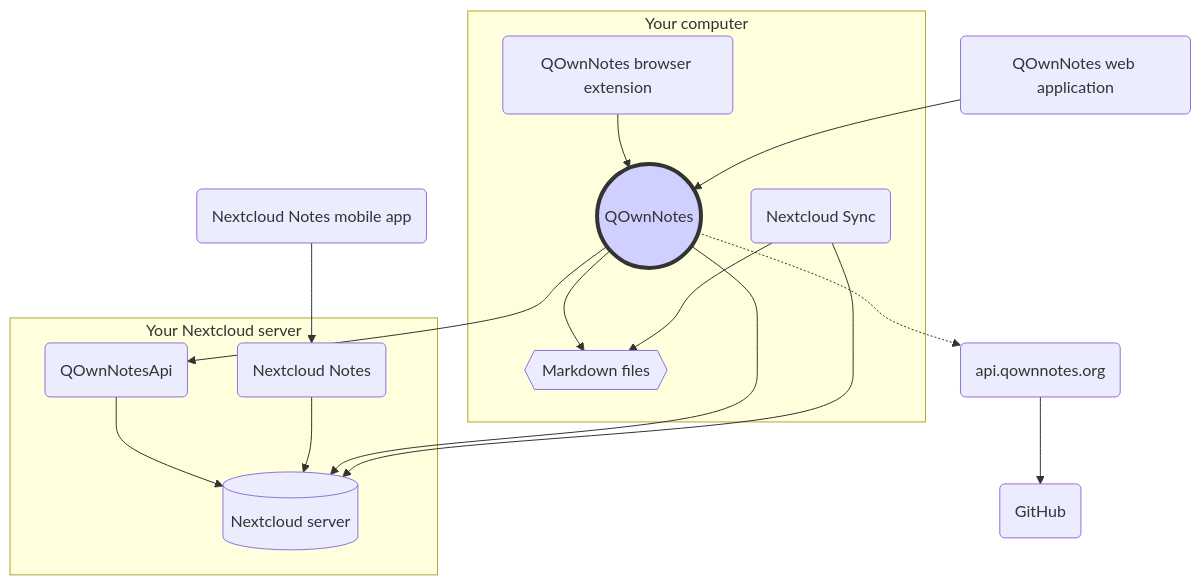
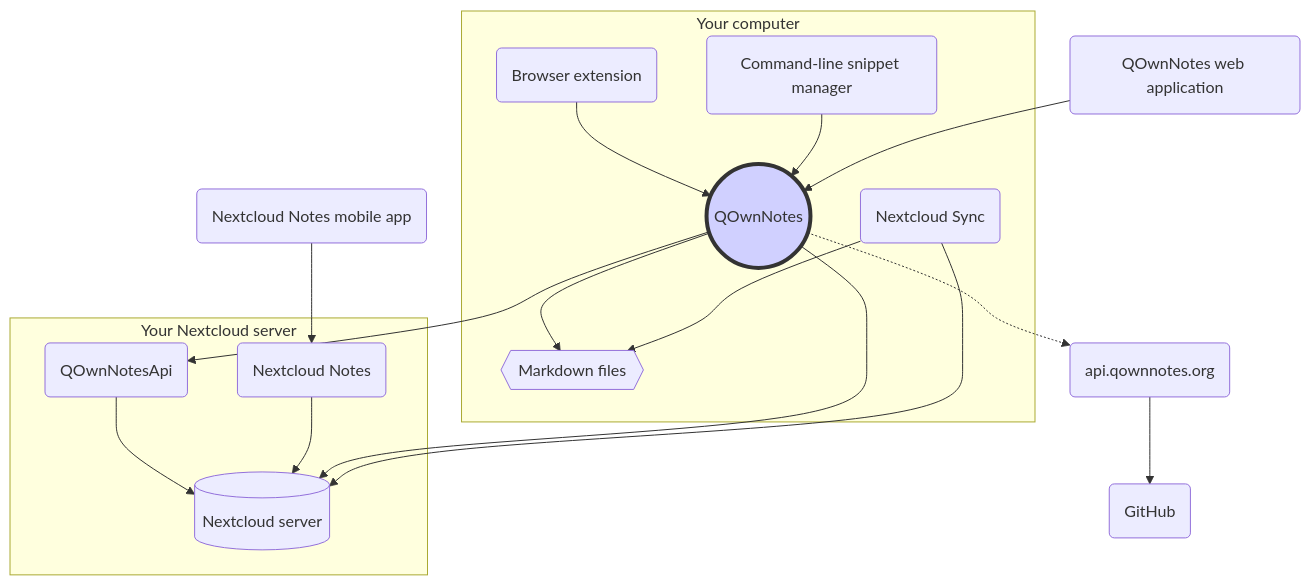
Before and after one commit to pbek/QOwnNotes: the diagram in webpage/src/getting-started/concept.md, drawn with Mermaid. The commit also changed other lines of this file and 3 other files, not shown here.

Commit message:
Add more snippet manager documentation (#2304)

````diff
--- a/webpage/src/getting-started/concept.md
+++ b/webpage/src/getting-started/concept.md
@@ -3,32 +3,34 @@
 ```mermaid
 graph TB
     subgraph Your computer
         qon((QOwnNotes))-->md{{"Markdown files"}}
         sync("Nextcloud Sync")-->md
-        qon-comp("QOwnNotes browser extension")-->qon
+        qon-comp("Browser extension")-->qon
+        qc("Command-line snippet manager")-->qon
     end
     subgraph Your Nextcloud server
         qon-api("QOwnNotesApi")-->ncs[("Nextcloud server")]
         nc-notes-app("Nextcloud Notes")-->ncs
     end
 
     nc-notes-mob("Nextcloud Notes mobile app")-->nc-notes-app
     qon-web-app("QOwnNotes web application")-->qon
     qon-->qon-api
     qon-->ncs
     sync-->ncs
     qon-.->qon-web-api("api.qownnotes.org")
     qon-web-api-->github("GitHub")
 
     style qon fill:#d0d0ff,stroke:#333,stroke-width:4px
     click qon "/getting-started/concept.html#qownnotes" "QOwnNotes Desktop Application for managing your notes on your desktop computer"
     click md "/getting-started/concept.html#markdown-note-files" "Markdown, media and attachment files in your note folder"
     click qon-comp "/getting-started/concept.html#qownnotes-browser-extension" "QOwnNotes browser extension for managing bookmarks in markdown files and as web clipper"
+    click qc "/getting-started/concept.html#qownnotes-command-line-snippet-manager" "QOwnNotes command-line snippet manager"
     click sync "/getting-started/concept.html#nextcloud-desktop-sync-client" "Nextcloud desktop sync client to sync your notes to your server"
     click ncs "/getting-started/concept.html#nextcloud-server" "Nextcloud server to host your notes and other files"
     click qon-api "/getting-started/concept.html#qownnotesapi-nextcloud-app" "QOwnNotesAPI Nextcloud app to access your server-side trash and note versions"
     click nc-notes-app "/getting-started/concept.html#nextcloud-notes-server-app" "Nextcloud Notes server app to manage your notes in the web"
     click nc-notes-mob "/getting-started/concept.html#nextcloud-notes-mobile-app" "Nextcloud Notes mobile app to manage your notes on your mobile phone"
     click qon-web-app "/getting-started/concept.html#qownnotes-web-app" "QOwnNotes Web App to send photos from your mobile phone"
     click qon-web-api "/getting-started/concept.html#api-qownnotes-org"
 ```
````
